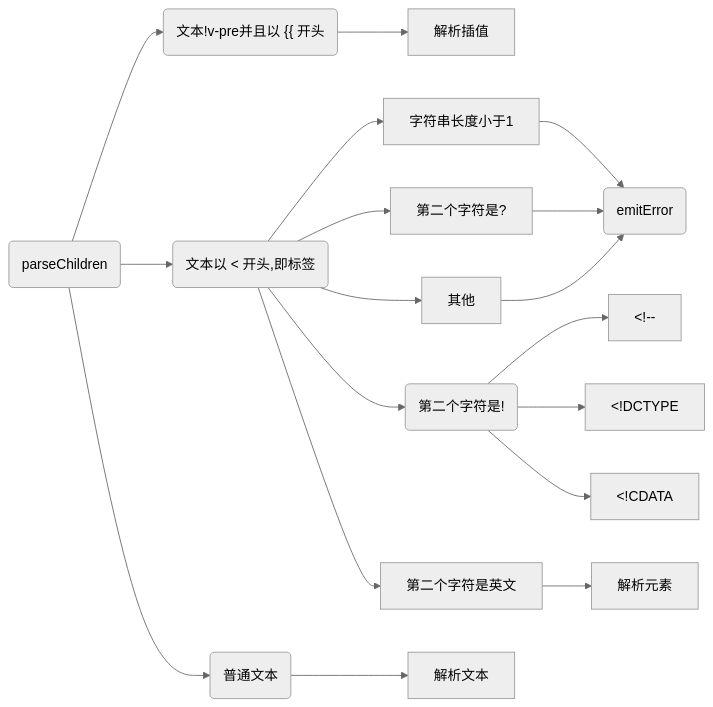
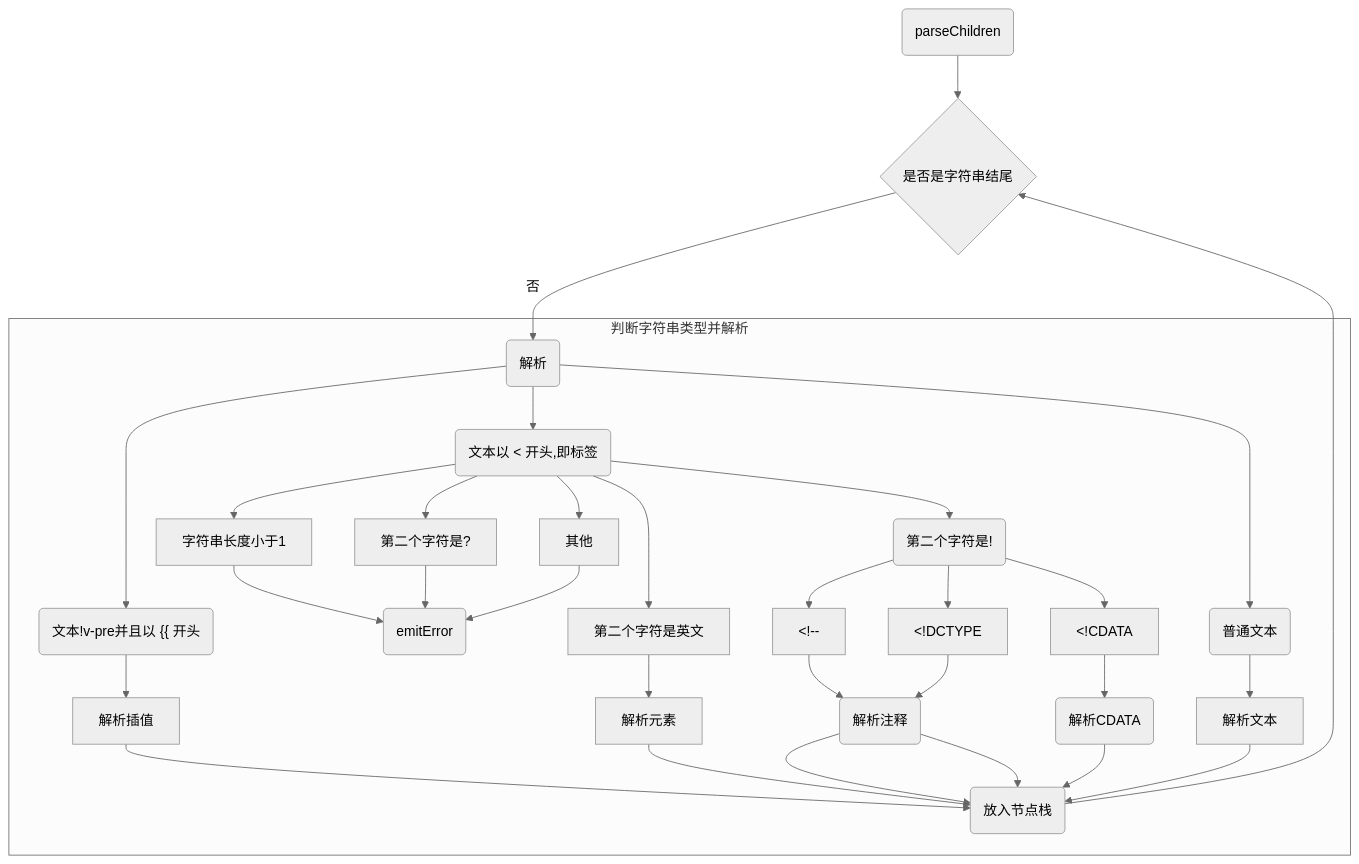
One commit to LiHowe/h-wiki changed the second of 4 diagrams in blog/CO.程序员/FE.前端/Vue/Ver.3/源码解析/Compiler.md. Above: the diagram before and after it, drawn with Mermaid (neutral theme). The commit also changed other lines of this file and 2 other files, not shown here.

````diff
--- a/blog/CO.程序员/FE.前端/Vue/Ver.3/源码解析/Compiler.md
+++ b/blog/CO.程序员/FE.前端/Vue/Ver.3/源码解析/Compiler.md
@@ -75,15 +108,21 @@
 ```mermaid
-graph LR
-	A(parseChildren) --> branchA(文本!v-pre并且以 &#123&#123 开头) --> 解析插值
-	A --> branchB(文本以 < 开头,即标签)
-	branchB --> 字符串长度小于1 --> E(emitError)
-	branchB --> branch!(第二个字符是!)
-	branchB --> 第二个字符是? --> E
-	branchB --> 第二个字符是英文 --> 解析元素
-	branchB --> 其他 --> E
-	branch! --> a[<&#33--]
-	branch! --> b[<&#33DCTYPE]
-	branch! --> c[<&#33CDATA]
-	A --> branchC(普通文本) --> 解析文本
-	
+graph TD
+	A(parseChildren) --> isEnd{是否是字符串结尾}
+	isEnd --否--> Parse
+  subgraph JudgeType [判断字符串类型并解析]
+    Parse(解析) --> branchA(文本!v-pre并且以 &#123&#123 开头) --> 解析插值 --> ParseEnd(放入节点栈)
+    Parse --> branchB(文本以 < 开头,即标签)
+    branchB --> 字符串长度小于1 --> E(emitError)
+    branchB --> branch!(第二个字符是!)
+    branchB --> 第二个字符是? --> E
+    branchB --> 第二个字符是英文 --> 解析元素 --> ParseEnd(放入节点栈)
+    branchB --> 其他 --> E
+    branch! --> a[<&#33--] --> Comment(解析注释) --> ParseEnd(放入节点栈)
+    branch! --> b[<&#33DCTYPE] --> Comment --> ParseEnd(放入节点栈)
+    branch! --> c[<&#33CDATA] --> CDATA(解析CDATA) --> ParseEnd(放入节点栈)
+    Parse --> branchC(普通文本) --> 解析文本 --> ParseEnd(放入节点栈)
+	end	
+  ParseEnd --> isEnd
+
+
 ```
````
